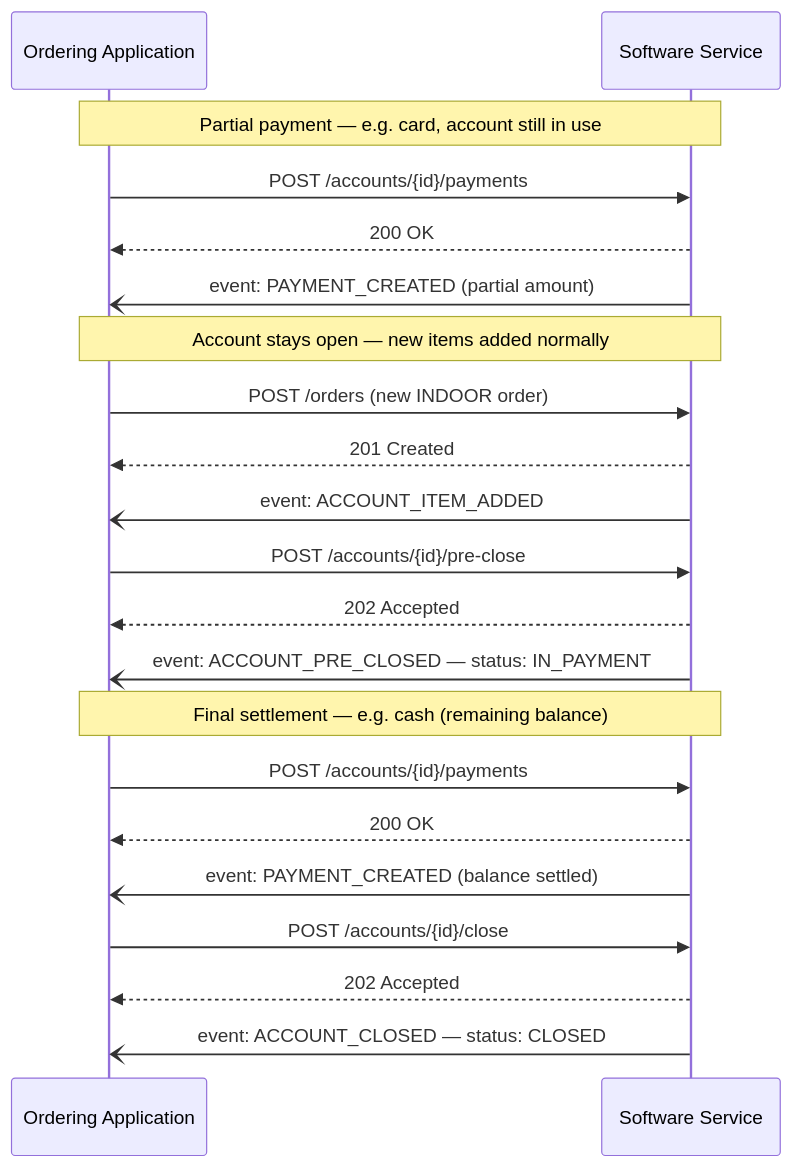
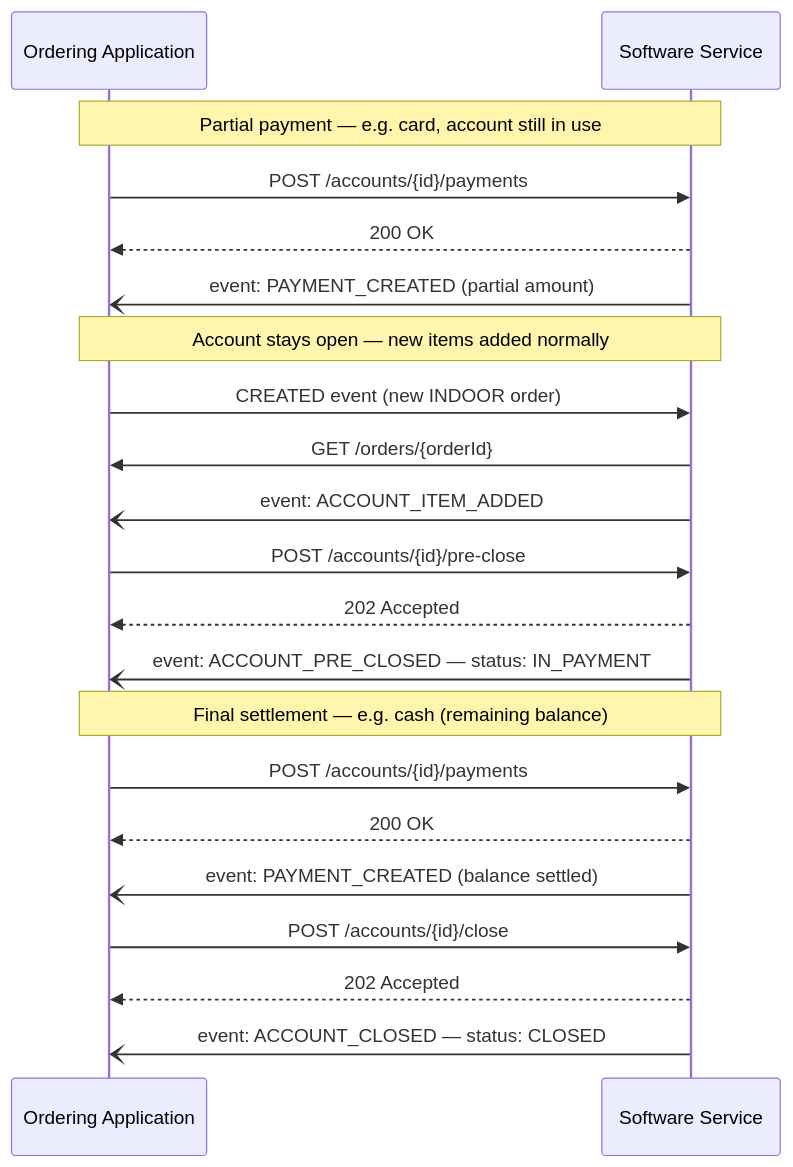
One commit to Abrasel-Nacional/opendelivery-v2 changed the fourth of 7 diagrams in docs/protocol/indoor.en.md. Above: the diagram before and after it, drawn with Mermaid. The commit also changed other lines of this file and 230 other files, not shown here.

````diff
--- a/docs/protocol/indoor.en.md
+++ b/docs/protocol/indoor.en.md
@@ -324,28 +395,28 @@
 ```mermaid
 sequenceDiagram
-    participant OA as Ordering Application
-    participant SS as Software Service
+ participant OA as Ordering Application
+ participant SS as Software Service
 
-    Note over OA,SS: Partial payment — e.g. card, account still in use
-    OA->>SS: POST /accounts/{id}/payments
-    SS-->>OA: 200 OK
-    SS-)OA: event: PAYMENT_CREATED (partial amount)
+ Note over OA,SS: Partial payment — e.g. card, account still in use
+ OA->>SS: POST /accounts/{id}/payments
+ SS-->>OA: 200 OK
+ SS-)OA: event: PAYMENT_CREATED (partial amount)
 
-    Note over OA,SS: Account stays open — new items added normally
-    OA->>SS: POST /orders (new INDOOR order)
-    SS-->>OA: 201 Created
-    SS-)OA: event: ACCOUNT_ITEM_ADDED
+ Note over OA,SS: Account stays open — new items added normally
+ OA->>SS: CREATED event (new INDOOR order)
+ SS->>OA: GET /orders/{orderId}
+ SS-)OA: event: ACCOUNT_ITEM_ADDED
 
-    OA->>SS: POST /accounts/{id}/pre-close
-    SS-->>OA: 202 Accepted
-    SS-)OA: event: ACCOUNT_PRE_CLOSED — status: IN_PAYMENT
+ OA->>SS: POST /accounts/{id}/pre-close
+ SS-->>OA: 202 Accepted
+ SS-)OA: event: ACCOUNT_PRE_CLOSED — status: IN_PAYMENT
 
-    Note over OA,SS: Final settlement — e.g. cash (remaining balance)
-    OA->>SS: POST /accounts/{id}/payments
-    SS-->>OA: 200 OK
-    SS-)OA: event: PAYMENT_CREATED (balance settled)
+ Note over OA,SS: Final settlement — e.g. cash (remaining balance)
+ OA->>SS: POST /accounts/{id}/payments
+ SS-->>OA: 200 OK
+ SS-)OA: event: PAYMENT_CREATED (balance settled)
 
-    OA->>SS: POST /accounts/{id}/close
-    SS-->>OA: 202 Accepted
-    SS-)OA: event: ACCOUNT_CLOSED — status: CLOSED
+ OA->>SS: POST /accounts/{id}/close
+ SS-->>OA: 202 Accepted
+ SS-)OA: event: ACCOUNT_CLOSED — status: CLOSED
 ```
````
